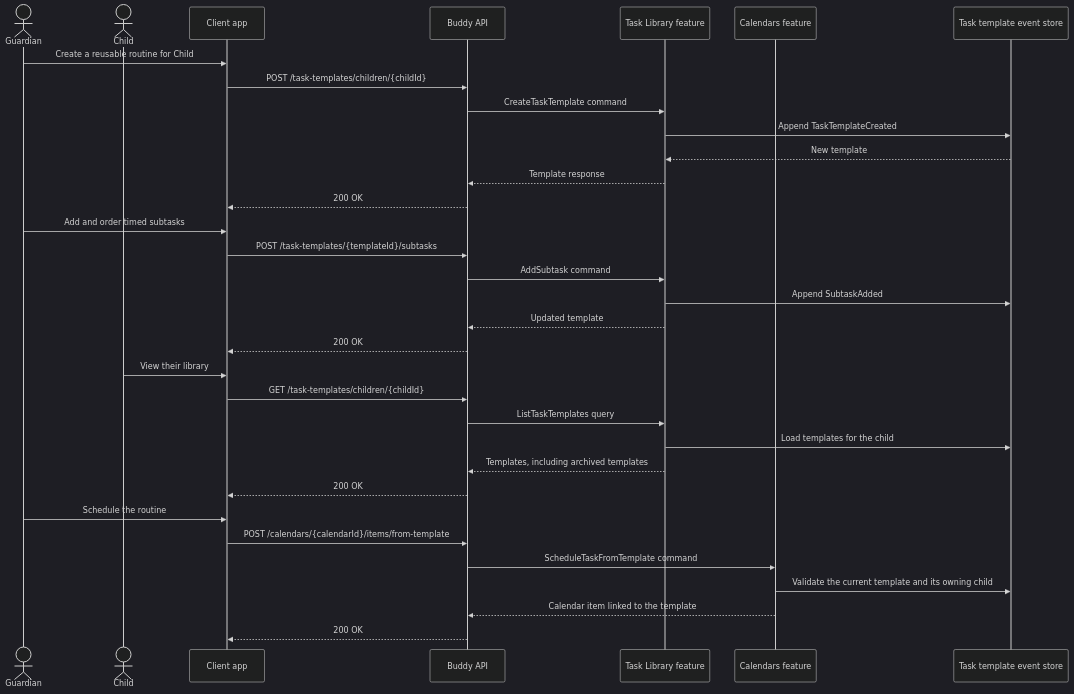
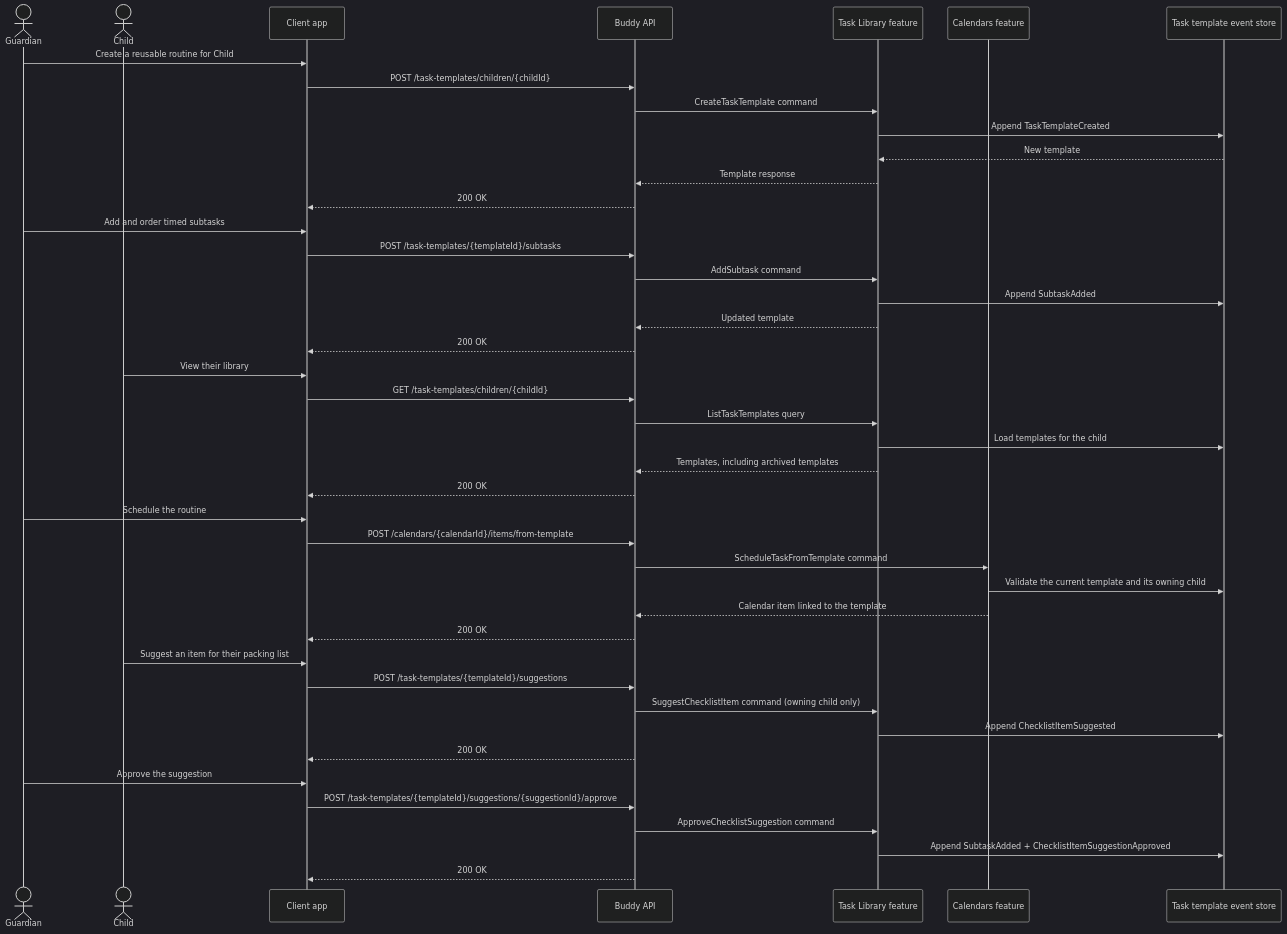
Before and after one commit to kimipsen/buddy: the diagram in docs/backend/task-library/flow.md, drawn with Mermaid (dark theme). The commit also changed other lines of this file and 160 other files, not shown here.

````diff
--- a/docs/backend/task-library/flow.md
+++ b/docs/backend/task-library/flow.md
@@ -8,39 +10,51 @@
 ```mermaid
 sequenceDiagram
     actor Guardian
     actor Child
     participant App as Client app
     participant API as Buddy API
     participant Library as Task Library feature
     participant Calendars as Calendars feature
     participant Store as Task template event store
 
     Guardian->>App: Create a reusable routine for Child
     App->>API: POST /task-templates/children/{childId}
     API->>Library: CreateTaskTemplate command
     Library->>Store: Append TaskTemplateCreated
     Store-->>Library: New template
     Library-->>API: Template response
     API-->>App: 200 OK
 
     Guardian->>App: Add and order timed subtasks
     App->>API: POST /task-templates/{templateId}/subtasks
     API->>Library: AddSubtask command
     Library->>Store: Append SubtaskAdded
     Library-->>API: Updated template
     API-->>App: 200 OK
 
     Child->>App: View their library
     App->>API: GET /task-templates/children/{childId}
     API->>Library: ListTaskTemplates query
     Library->>Store: Load templates for the child
     Library-->>API: Templates, including archived templates
     API-->>App: 200 OK
 
     Guardian->>App: Schedule the routine
     App->>API: POST /calendars/{calendarId}/items/from-template
     API->>Calendars: ScheduleTaskFromTemplate command
     Calendars->>Store: Validate the current template and its owning child
     Calendars-->>API: Calendar item linked to the template
     API-->>App: 200 OK
+
+    Child->>App: Suggest an item for their packing list
+    App->>API: POST /task-templates/{templateId}/suggestions
+    API->>Library: SuggestChecklistItem command (owning child only)
+    Library->>Store: Append ChecklistItemSuggested
+    API-->>App: 200 OK
+
+    Guardian->>App: Approve the suggestion
+    App->>API: POST /task-templates/{templateId}/suggestions/{suggestionId}/approve
+    API->>Library: ApproveChecklistSuggestion command
+    Library->>Store: Append SubtaskAdded + ChecklistItemSuggestionApproved
+    API-->>App: 200 OK
 ```
````
